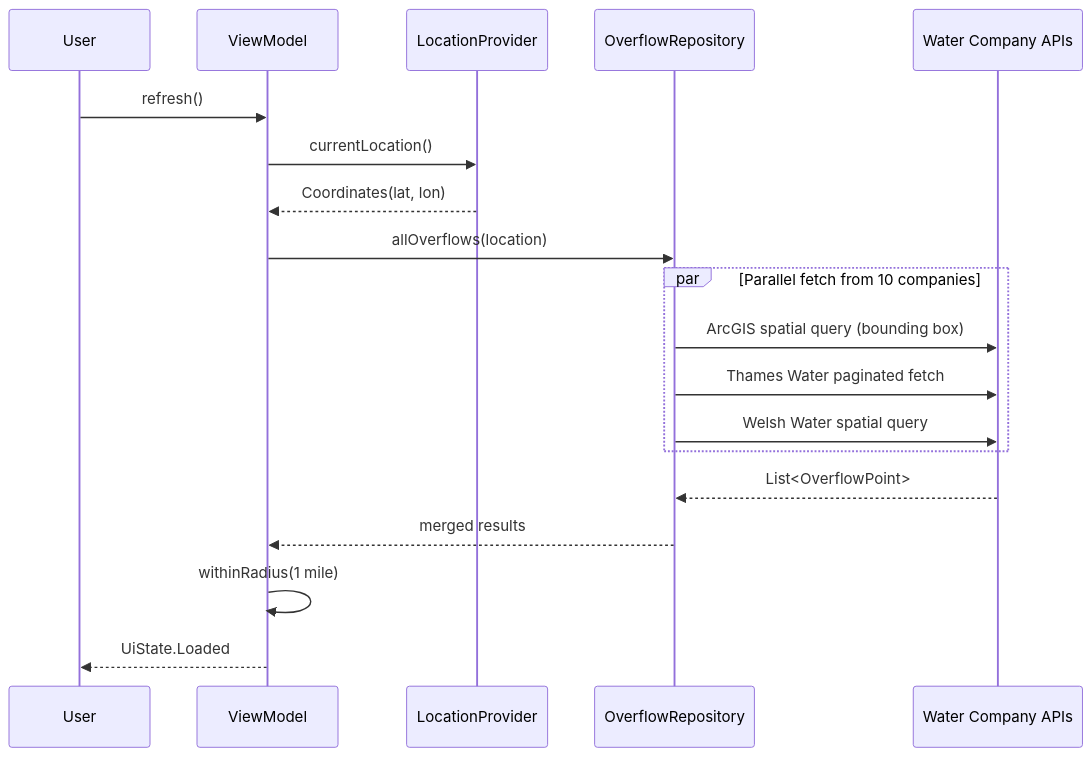
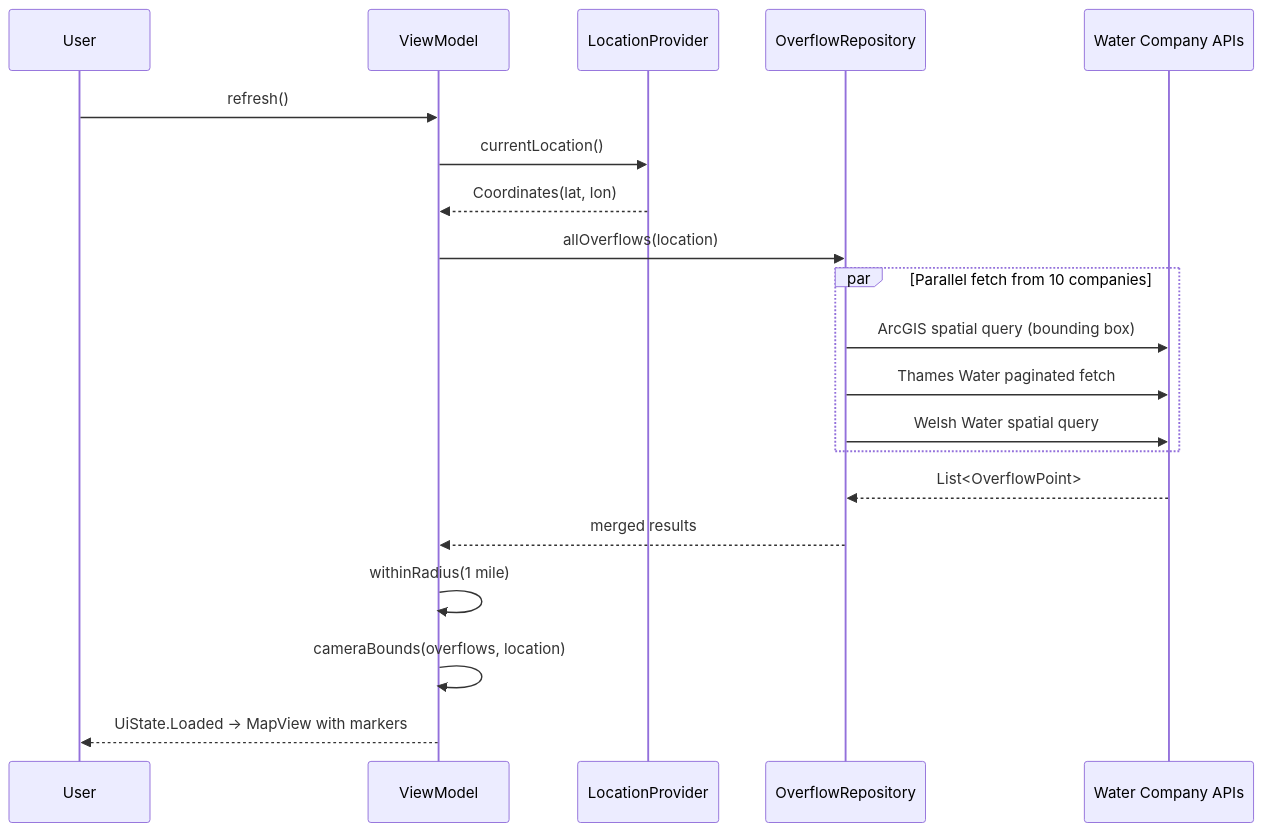
Before and after one commit to DanielChicot/turd-alert: the second of 2 diagrams in README.md, drawn with Mermaid. The commit also changed other lines of this file, not shown here.

Commit message:
Update README to reflect map UI replacing list UI

````diff
--- a/README.md
+++ b/README.md
@@ -39,24 +42,25 @@
 ```mermaid
 sequenceDiagram
     participant U as User
     participant V as ViewModel
     participant L as LocationProvider
     participant R as OverflowRepository
     participant A as Water Company APIs
 
     U->>V: refresh()
     V->>L: currentLocation()
     L-->>V: Coordinates(lat, lon)
     V->>R: allOverflows(location)
 
     par Parallel fetch from 10 companies
         R->>A: ArcGIS spatial query (bounding box)
         R->>A: Thames Water paginated fetch
         R->>A: Welsh Water spatial query
     end
 
     A-->>R: List<OverflowPoint>
     R-->>V: merged results
     V->>V: withinRadius(1 mile)
-    V-->>U: UiState.Loaded
+    V->>V: cameraBounds(overflows, location)
+    V-->>U: UiState.Loaded → MapView with markers
 ```
````
